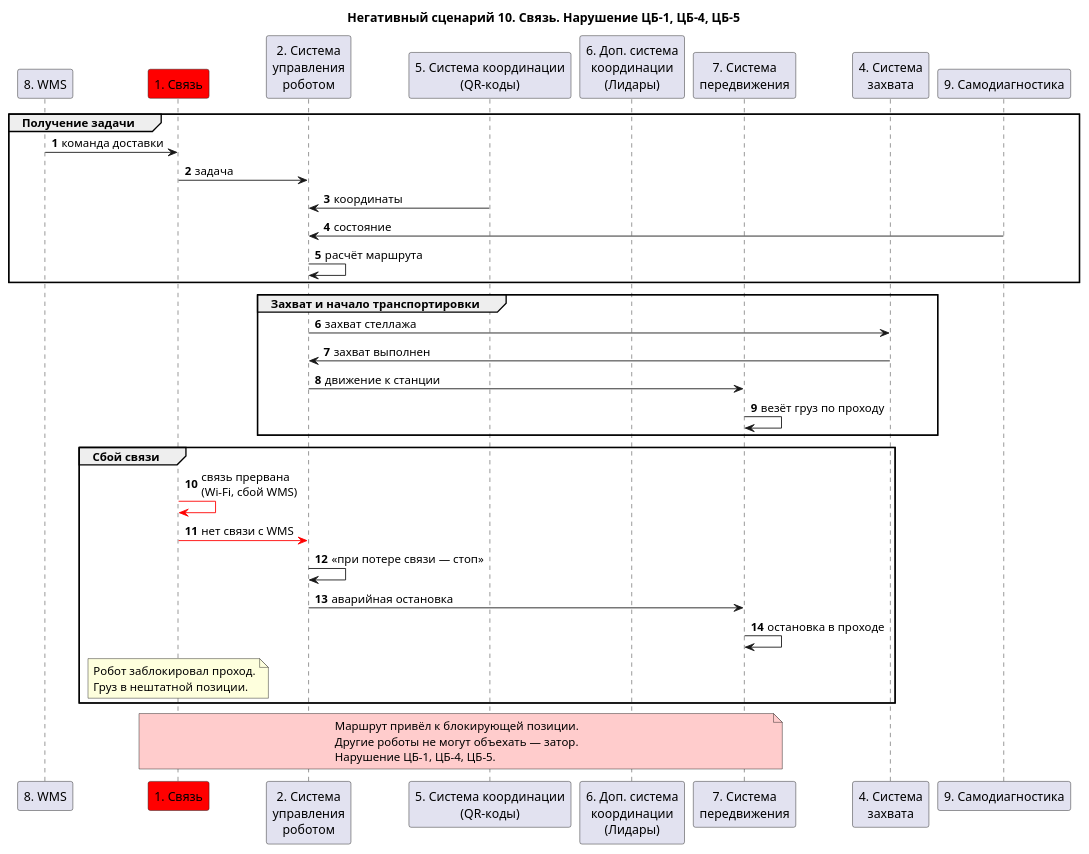
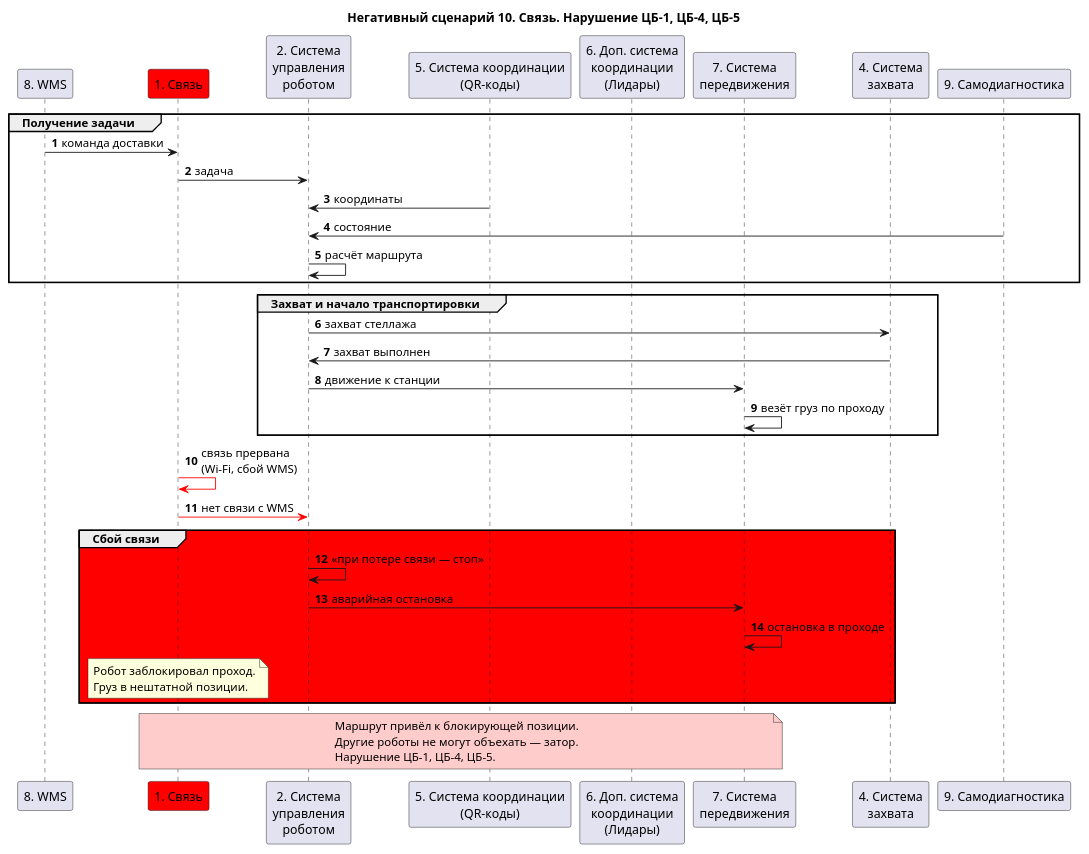
Before and after one commit to BoykovArtur/ProgrammingMethods: the diagram in CourseWork/Description/ns/ns-10.puml, drawn with PlantUML.

```diff
--- a/CourseWork/Description/ns/ns-10.puml
+++ b/CourseWork/Description/ns/ns-10.puml
@@ -1,46 +1,47 @@
 @startuml
 title "Негативный сценарий 10. Связь. Нарушение ЦБ-1, ЦБ-4, ЦБ-5"
 
 autonumber
 participant "8. WMS" as wms
 participant "1. Связь" as conn #red
 participant "2. Система\nуправления\nроботом" as ctrl
 participant "5. Система координации\n(QR-коды)" as qr
 participant "6. Доп. система\nкоординации\n(Лидары)" as lidar
 participant "7. Система\nпередвижения" as move
 participant "4. Система\nзахвата" as grip
 participant "9. Самодиагностика" as diag
 
 group Получение задачи
 wms -> conn: команда доставки
 conn -> ctrl: задача
 ctrl <- qr: координаты
 ctrl <- diag: состояние
 ctrl -> ctrl: расчёт маршрута
 end
 
 group Захват и начало транспортировки
 ctrl -> grip: захват стеллажа
 grip -> ctrl: захват выполнен
 ctrl -> move: движение к станции
 move -> move: везёт груз по проходу
 end
 
-group Сбой связи
 conn -[#red]> conn: связь прервана\n(Wi-Fi, сбой WMS)
 conn -[#red]> ctrl: нет связи с WMS
+
+group #red Сбой связи
 ctrl -> ctrl: «при потере связи — стоп»
 ctrl -> move: аварийная остановка
 move -> move: остановка в проходе
 note over conn
   Робот заблокировал проход.
   Груз в нештатной позиции.
 end note
 end
 
 note over conn, move #FFCCCC
   Маршрут привёл к блокирующей позиции.
   Другие роботы не могут объехать — затор.
   Нарушение ЦБ-1, ЦБ-4, ЦБ-5.
 end note
 @enduml
```
